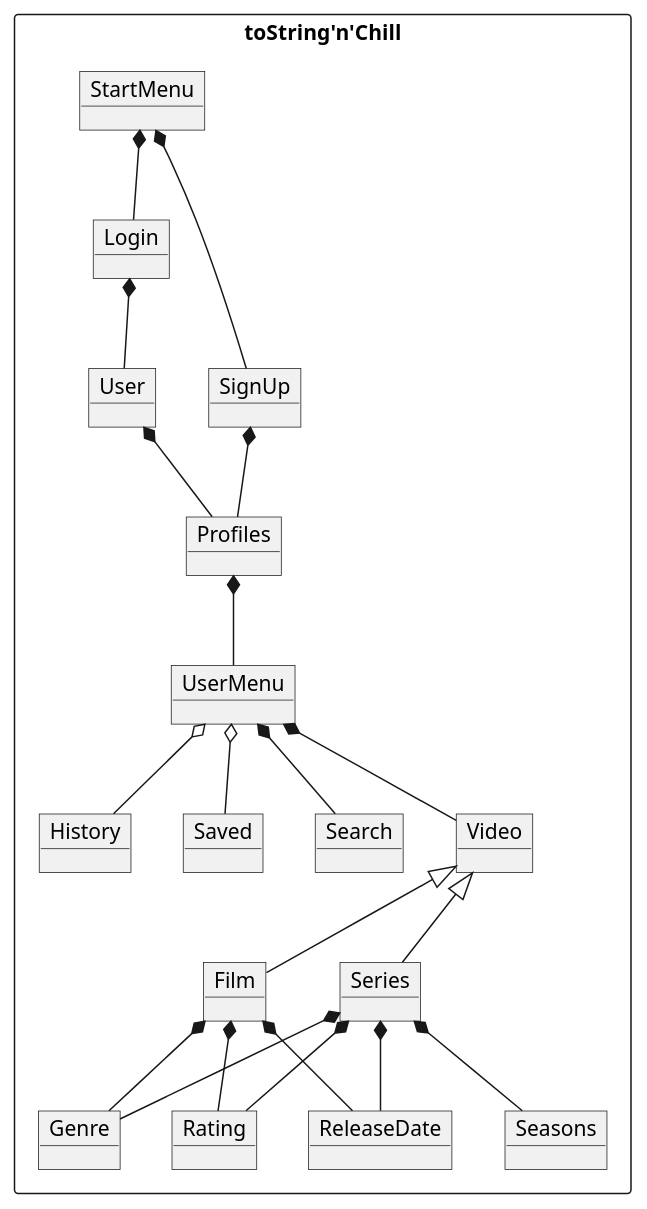
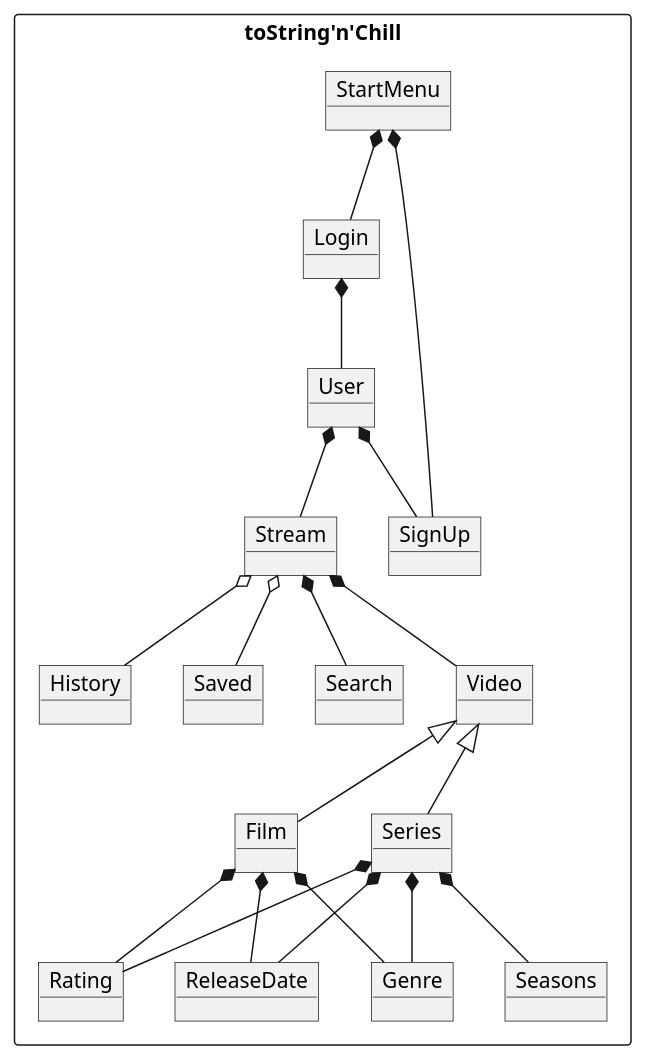
The diagram in doc/Plan/static/domainmodel.puml (Gervig/SP3-Gruppe-C), drawn with PlantUML before and after one commit.

```diff
--- a/doc/Plan/static/domainmodel.puml
+++ b/doc/Plan/static/domainmodel.puml
@@ -1,52 +1,52 @@
 @startuml
 
 rectangle "toString'n'Chill" {
 
 object User
 object Login
 object SignUp
 object Film
 object Series
 object StartMenu
-object UserMenu
+object Stream
 object History
 object Saved
-object Profiles
 object Genre
 object Seasons
 object Rating
 object ReleaseDate
 object Search
 object Video
 
+User *-- Stream
+Login *-- User
+User *-- SignUp
+
+
 StartMenu *-- Login
 StartMenu *-- SignUp
 
-SignUp *-- Profiles
 
-Login *-- User
-User *-- Profiles
-Profiles *-- UserMenu
 
-UserMenu o-- History
-UserMenu o-- Saved
-UserMenu *-- Video
-UserMenu *-- Search
+Stream o-- History
+Stream o-- Saved
+Stream *-- Video
+Stream *-- Search
 
 Video <|-- Series
 Video <|-- Film
 
 Series *-- Genre
 Series *-- Seasons
 Series *-- Rating
 Series *-- ReleaseDate
 
 Film *-- Genre
 Film *-- Rating
 Film *-- ReleaseDate
 
 
 }
 
 
 @enduml
```
